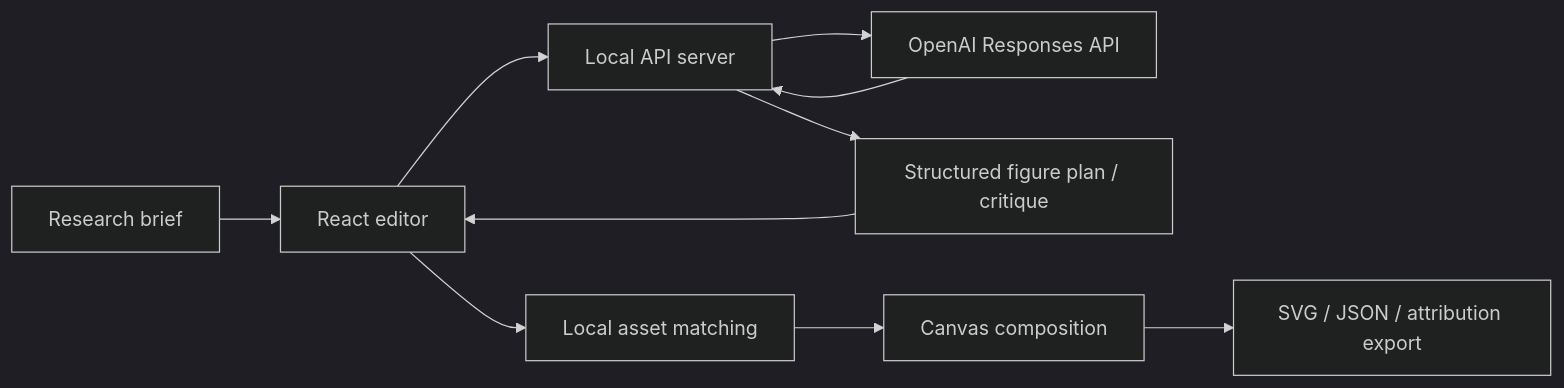
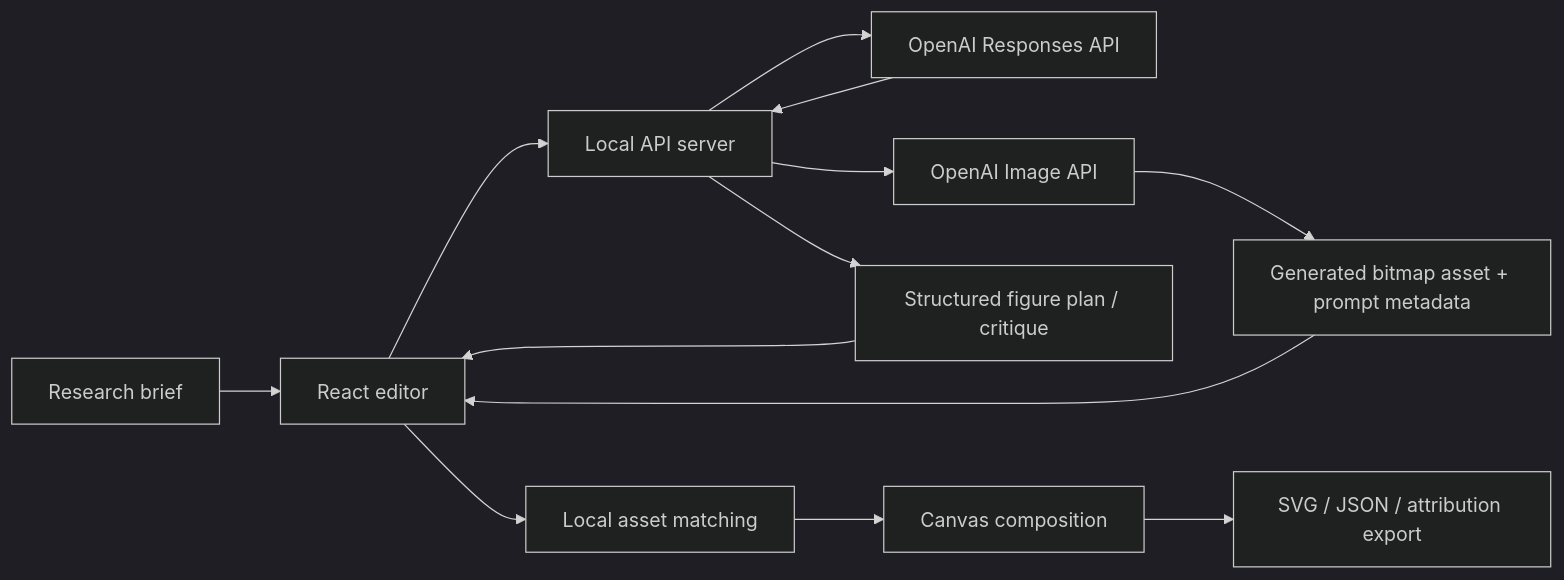
Before and after one commit to felizvida/helixcanvas: the diagram in docs/PRODUCT_OVERVIEW.md, drawn with Mermaid (dark theme). The commit also changed other lines of this file and 22 other files, not shown here.

````diff
--- a/docs/PRODUCT_OVERVIEW.md
+++ b/docs/PRODUCT_OVERVIEW.md
@@ -130,12 +131,15 @@
 ```mermaid
 flowchart LR
     A["Research brief"] --> B["React editor"]
     B --> C["Local API server"]
     C --> D["OpenAI Responses API"]
+    C --> I["OpenAI Image API"]
     D --> C
     C --> E["Structured figure plan / critique"]
+    I --> J["Generated bitmap asset + prompt metadata"]
     E --> B
+    J --> B
     B --> F["Local asset matching"]
     F --> G["Canvas composition"]
     G --> H["SVG / JSON / attribution export"]
 ```
````
